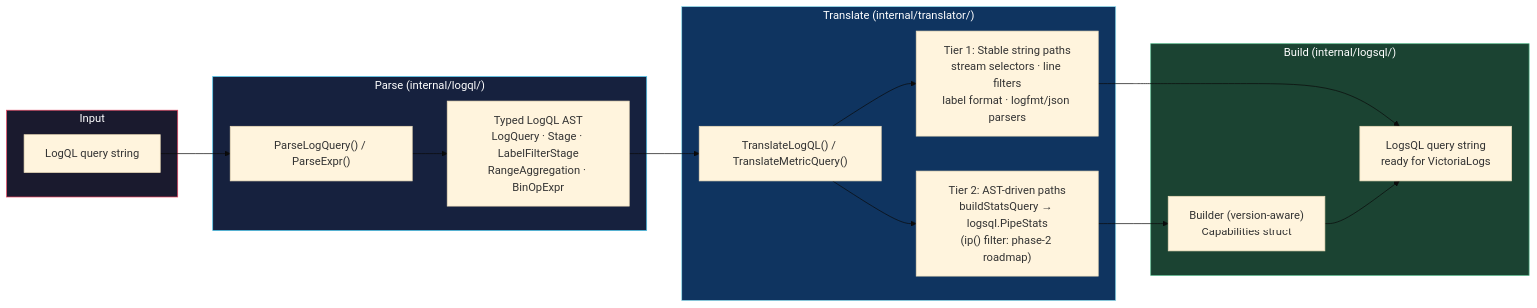
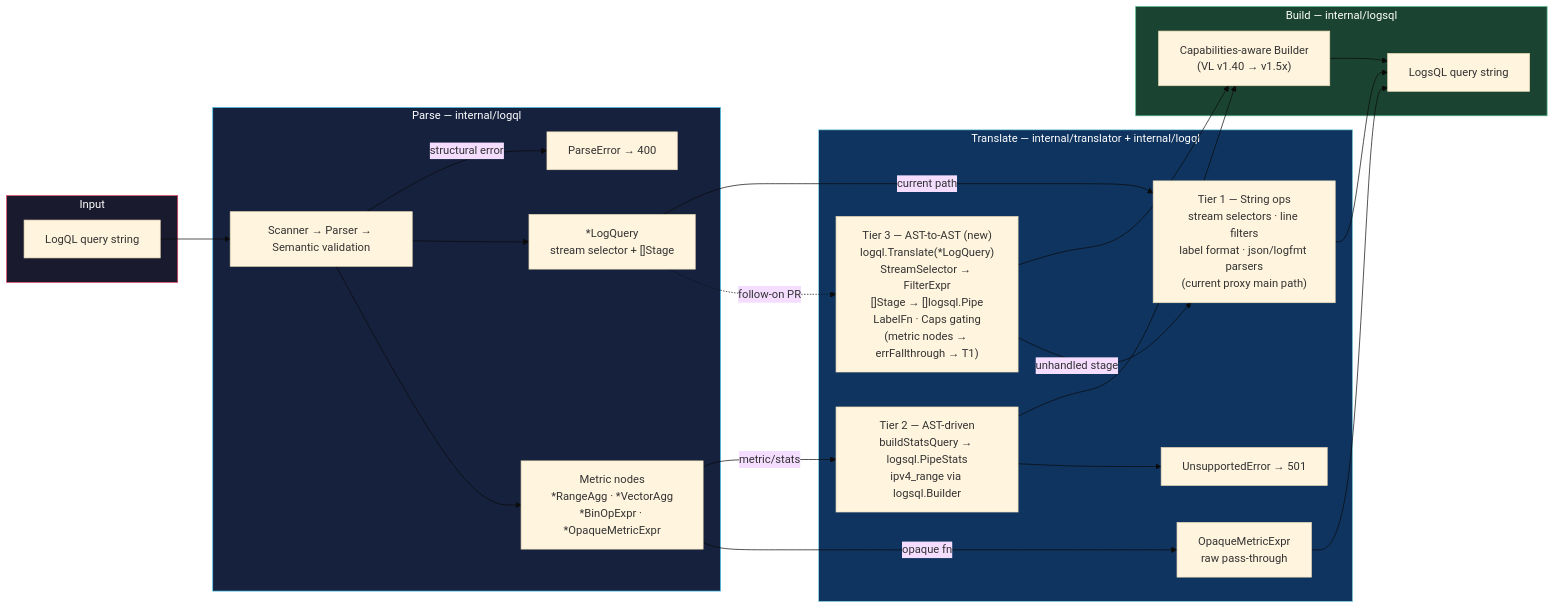
The seventh of 7 diagrams in docs/architecture.md (ReliablyObserve/loki-vl-proxy), drawn with Mermaid (base theme) before and after one commit. The commit also changed other lines of this file and 25 other files, not shown here.

First line of the commit message:
refactor: proxy architecture — typed errors, query-length enforcement, AST-to-AST translator, Handler decomposition (#419)

````diff
--- a/docs/architecture.md
+++ b/docs/architecture.md
@@ -378,31 +385,49 @@
 ```mermaid
 flowchart LR
     subgraph Input["Input"]
         LQ["LogQL query string"]
     end
 
-    subgraph Parse["Parse (internal/logql/)"]
-        PARSE["ParseLogQuery() / ParseExpr()"]
-        AST1["Typed LogQL AST\nLogQuery · Stage · LabelFilterStage\nRangeAggregation · BinOpExpr"]
+    subgraph Parse["Parse — internal/logql"]
+        PARSE["Scanner → Parser → Semantic validation"]
+        PERR["ParseError → 400"]
+        AST_LOG["*LogQuery\nstream selector + []Stage"]
+        AST_MET["Metric nodes\n*RangeAgg · *VectorAgg\n*BinOpExpr · *OpaqueMetricExpr"]
     end
 
-    subgraph Translate["Translate (internal/translator/)"]
-        TR["TranslateLogQL() / TranslateMetricQuery()"]
-        TIER1["Tier 1: Stable string paths\nstream selectors · line filters\nlabel format · logfmt/json parsers"]
-        TIER2["Tier 2: AST-driven paths\nbuildStatsQuery → logsql.PipeStats\n(ip() filter: phase-2 roadmap)"]
+    subgraph Translate["Translate — internal/translator + internal/logql"]
+        T1["Tier 1 — String ops\nstream selectors · line filters\nlabel format · json/logfmt parsers\n(current proxy main path)"]
+        T2["Tier 2 — AST-driven\nbuildStatsQuery → logsql.PipeStats\nipv4_range via logsql.Builder"]
+        T3["Tier 3 — AST-to-AST (new)\nlogql.Translate(*LogQuery)\nStreamSelector → FilterExpr\n[]Stage → []logsql.Pipe\nLabelFn · Caps gating\n(metric nodes → errFallthrough → T1)"]
+        UNSUP["UnsupportedError → 501"]
+        RAW["OpaqueMetricExpr\nraw pass-through"]
     end
 
-    subgraph Build["Build (internal/logsql/)"]
-        BUILDER["Builder (version-aware)\nCapabilities struct"]
-        LOGSQL["LogsQL query string\nready for VictoriaLogs"]
+    subgraph Build["Build — internal/logsql"]
+        BUILDER["Capabilities-aware Builder\n(VL v1.40 → v1.5x)"]
+        LOGSQL["LogsQL query string"]
     end
 
-    LQ --> PARSE --> AST1 --> TR
-    TR --> TIER1 --> LOGSQL
-    TR --> TIER2 --> BUILDER --> LOGSQL
+    LQ --> PARSE
+    PARSE -->|"structural error"| PERR
+    PARSE --> AST_LOG
+    PARSE --> AST_MET
+
+    AST_LOG -->|"current path"| T1
+    AST_LOG -.->|"follow-on PR"| T3
+    AST_MET -->|"metric/stats"| T2
+    AST_MET -->|"opaque fn"| RAW
+
+    T1 --> LOGSQL
+    T2 --> BUILDER --> LOGSQL
+    T2 --> UNSUP
+    T3 --> BUILDER
+    T3 -->|"unhandled stage"| T1
+
+    RAW --> LOGSQL
 
     style Input fill:#1a1a2e,stroke:#e94560,color:#fff
     style Parse fill:#16213e,stroke:#4cc9f0,color:#fff
     style Translate fill:#0f3460,stroke:#90e0ef,color:#fff
     style Build fill:#1b4332,stroke:#52b788,color:#fff
 ```
````
